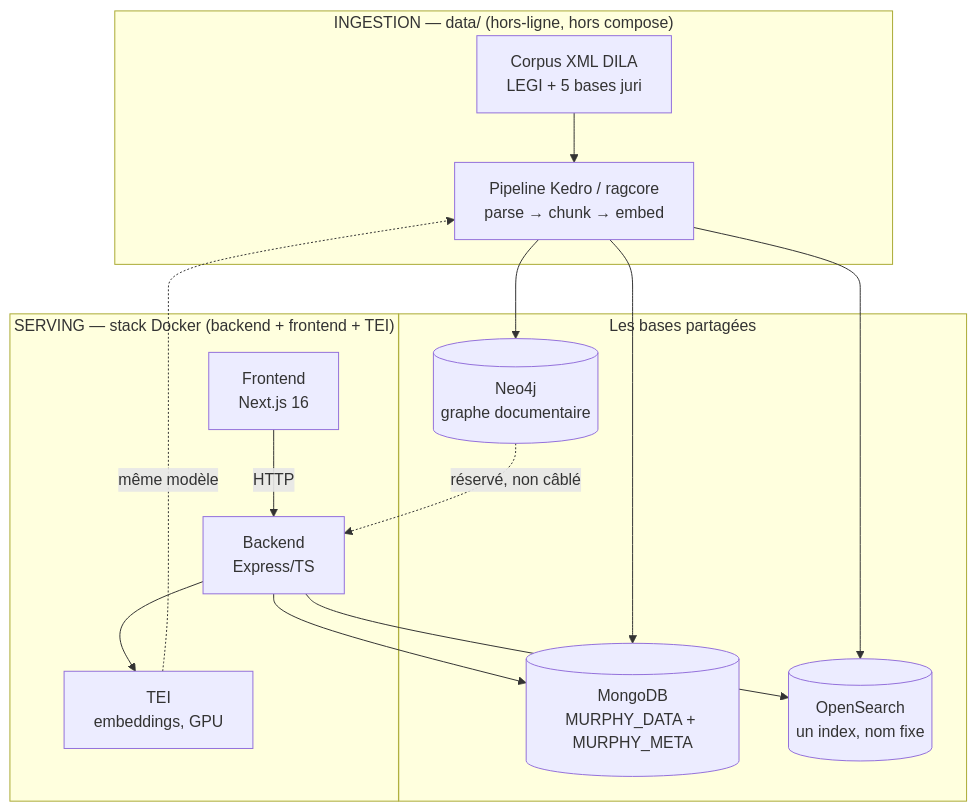
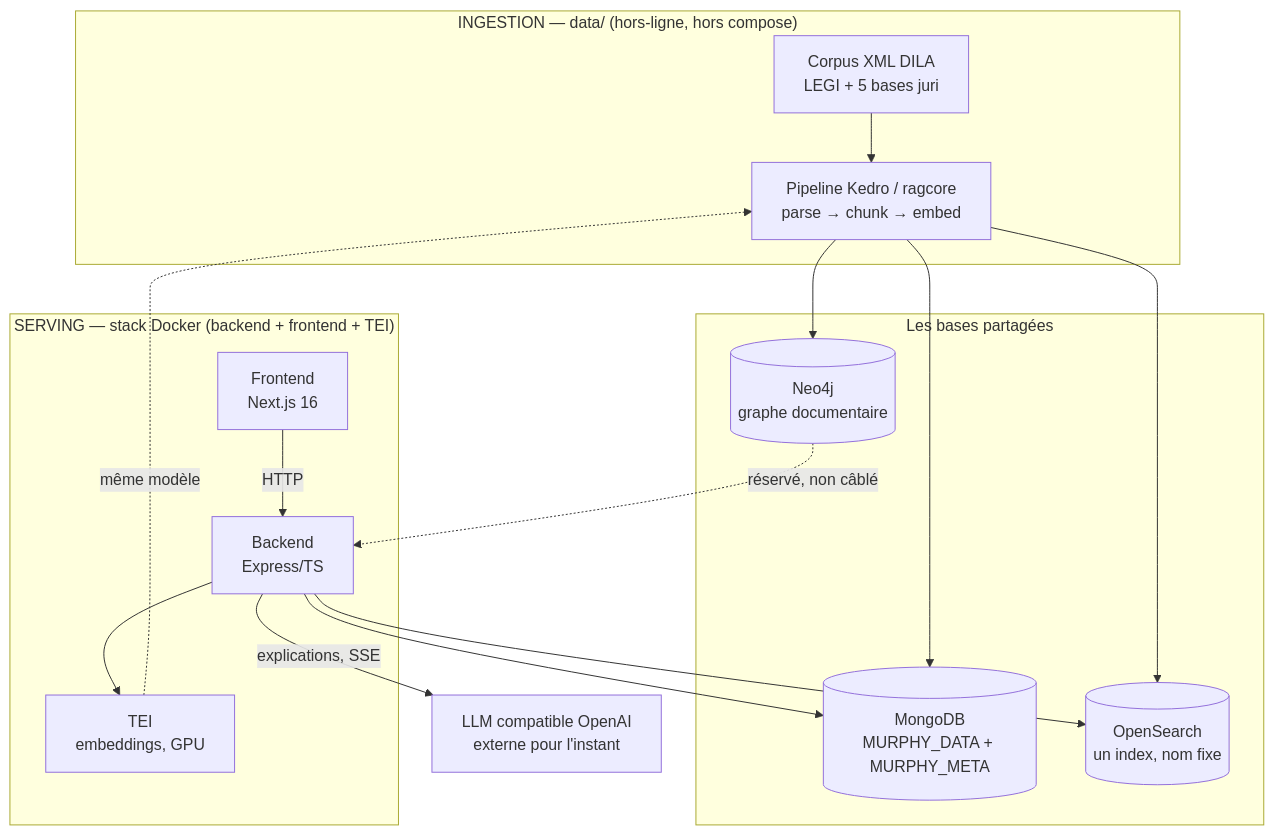
The diagram in docs/technical/ARCHITECTURE.md (nmoutou/murphy), drawn with Mermaid before and after one commit. The commit also changed other lines of this file and 111 other files, not shown here.

````diff
--- a/docs/technical/ARCHITECTURE.md
+++ b/docs/technical/ARCHITECTURE.md
@@ -19,22 +21,25 @@
 ```mermaid
 flowchart TB
     subgraph ingestion ["INGESTION — data/ (hors-ligne, hors compose)"]
         XML[Corpus XML DILA<br>LEGI + 5 bases juri] --> Kedro[Pipeline Kedro / ragcore<br>parse → chunk → embed]
     end
 
     subgraph stores ["Les bases partagées"]
         Mongo[(MongoDB<br>MURPHY_DATA + MURPHY_META)]
         OpenSearch[(OpenSearch<br>un index, nom fixe)]
         Neo4j[(Neo4j<br>graphe documentaire)]
     end
 
     subgraph serving ["SERVING — stack Docker (backend + frontend + TEI)"]
         Front[Frontend<br>Next.js 16] -->|HTTP| Back[Backend<br>Express/TS]
         Back --> TEI[TEI<br>embeddings, GPU]
     end
 
+    LLM[LLM compatible OpenAI<br>externe pour l'instant]
+
     Kedro --> Mongo & OpenSearch & Neo4j
     TEI -.->|même modèle| Kedro
     Back --> Mongo & OpenSearch
+    Back -->|explications, SSE| LLM
     Neo4j -.->|réservé, non câblé| Back
 ```
````
